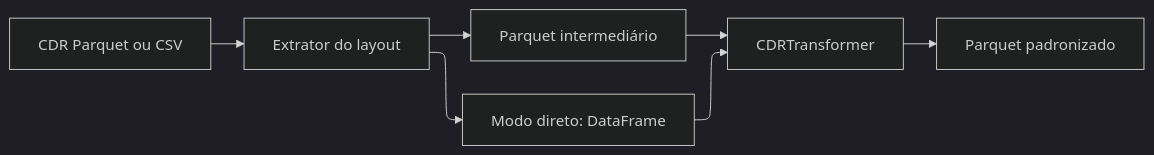
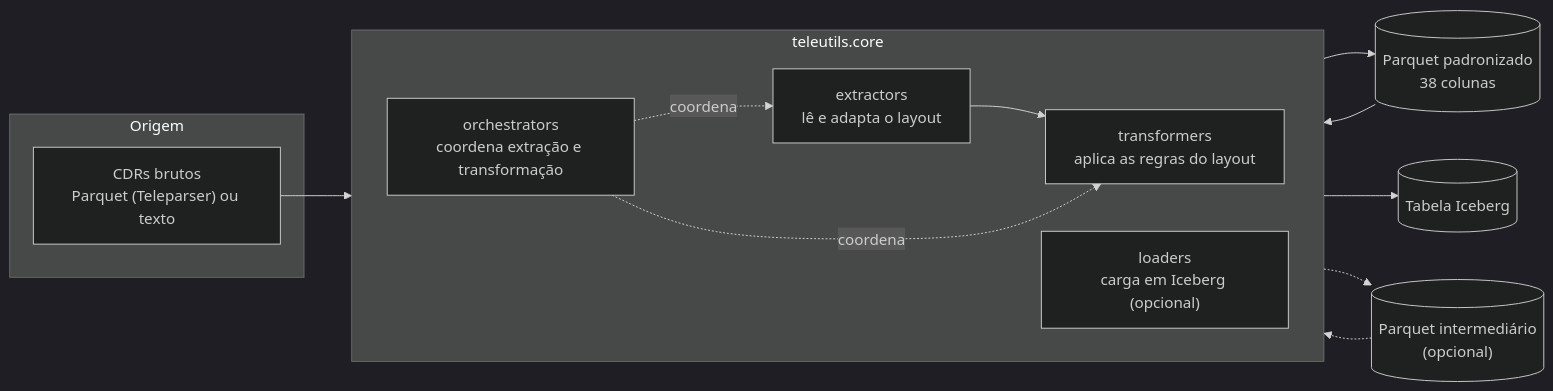
Before and after one commit to InovaFiscaliza/teleutils: the diagram in README.md, drawn with Mermaid (dark theme). The commit also changed other lines of this file and 1 other file, not shown here.

````diff
--- a/README.md
+++ b/README.md
@@ -115,12 +117,23 @@
 ```mermaid
----
-config:
-  layout: elk
----
 flowchart LR
-    A["CDR Parquet ou CSV"] --> B["Extrator do layout"]
-    B --> C["Parquet intermediário"] & F["Modo direto: DataFrame"]
-    C --> D["CDRTransformer"]
-    D --> E["Parquet padronizado"]
-    F --> D
+    subgraph origem["Origem"]
+        A["CDRs brutos<br/>Parquet (Teleparser) ou texto"]
+    end
+
+    subgraph core["teleutils.core"]
+        direction LR
+        B["extractors<br/>lê e adapta o layout"]
+        C["transformers<br/>aplica as regras do layout"]
+        D["loaders<br/>carga em Iceberg (opcional)"]
+        O["orchestrators<br/>coordena extração e transformação"]
+    end
+
+    I[("Parquet intermediário<br/>(opcional)")]
+    F[("Parquet padronizado<br/>38 colunas")]
+    T[("Tabela Iceberg")]
+
+    A --> B --> C --> F --> D --> T
+    B -.-> I -.-> C
+    O -. coordena .-> B
+    O -. coordena .-> C
 ```
````
